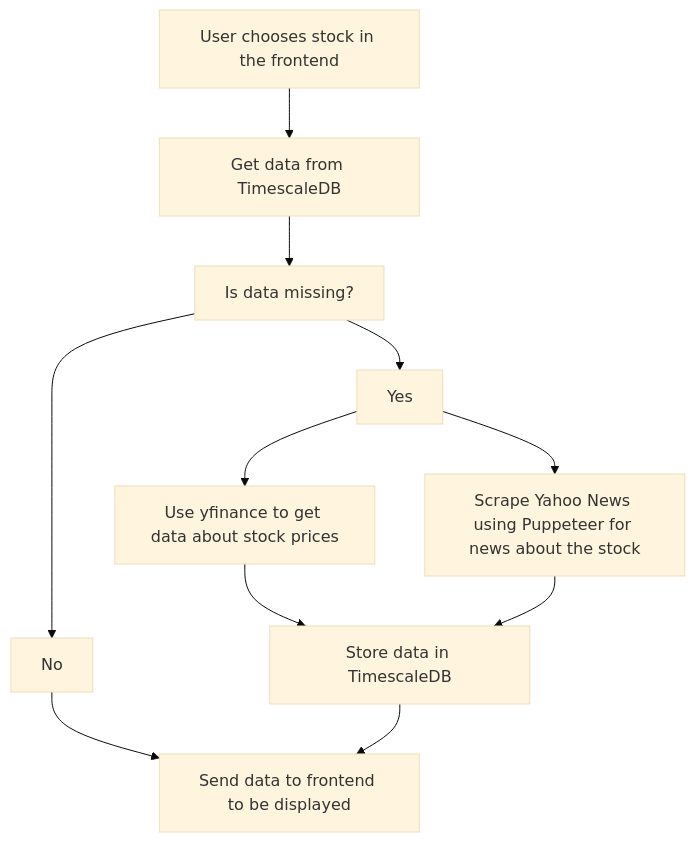
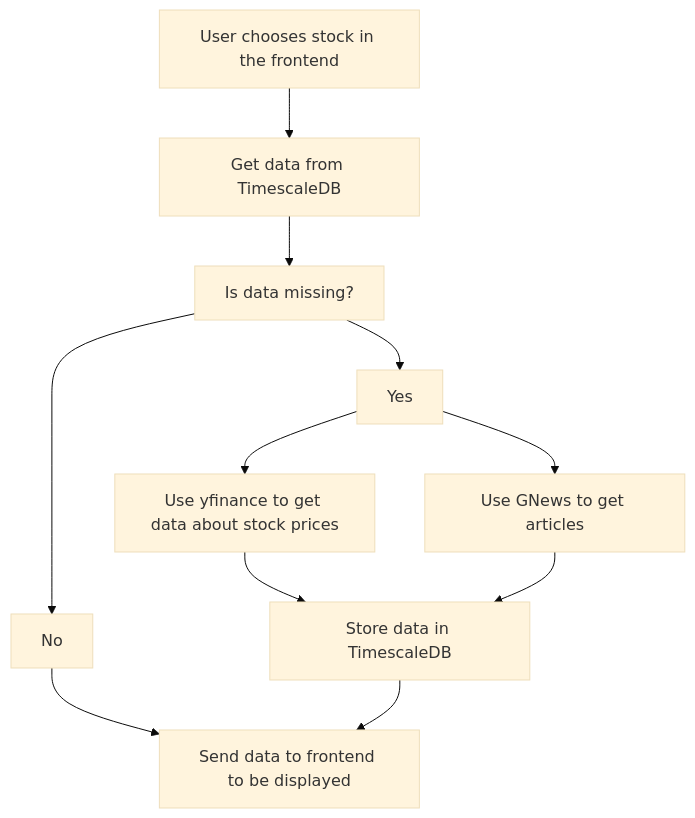
The diagram in README.md (Amitav-Krishna/stock_news), drawn with Mermaid (base theme) before and after one commit. The commit also changed 2 other files, not shown here.

Commit message:
Fixed graph not working

````diff
--- a/README.md
+++ b/README.md
@@ -20,13 +20,13 @@
 ```mermaid
 graph TD
     A[User chooses stock in the frontend] --> B[Get data from TimescaleDB]
     B --> C[Is data missing?]
     C --> D[No]
 	C --> E[Yes]
 	D --> F[Send data to frontend to be displayed]
     E --> G[Use yfinance to get data about stock prices]
-    E --> H[Scrape Yahoo News using Puppeteer for news about the stock]
+    E --> H[Use GNews to get articles]
     G --> I[Store data in TimescaleDB]
     H --> I
     I --> F
 ```
````
